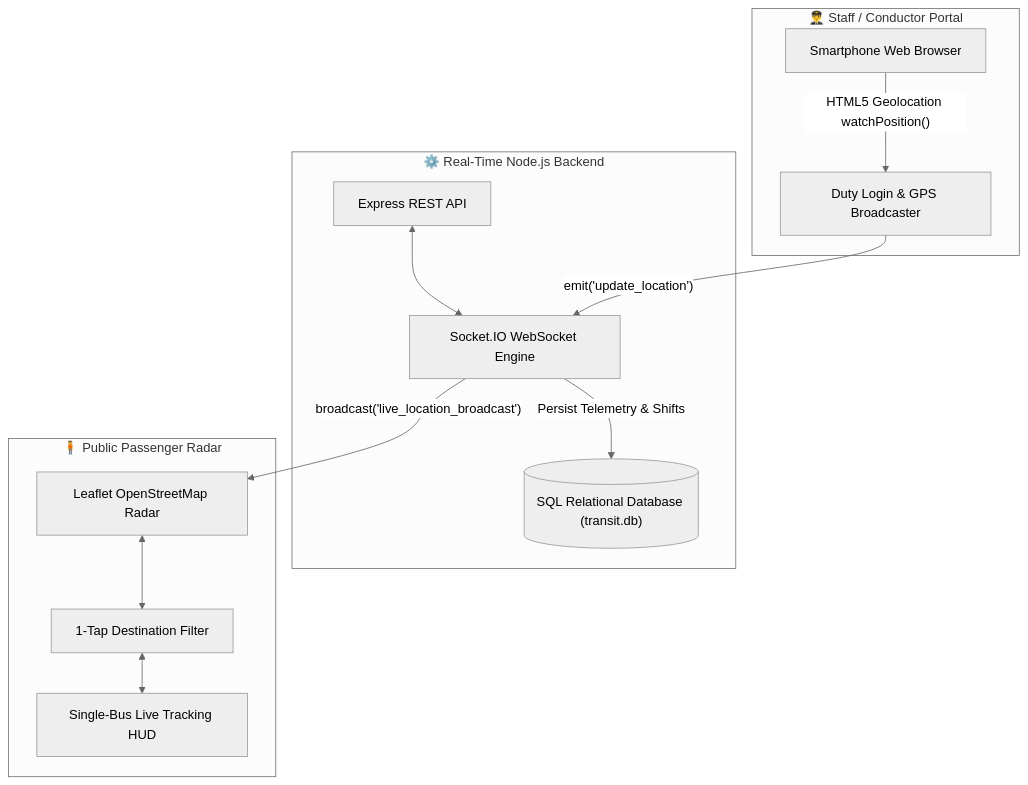
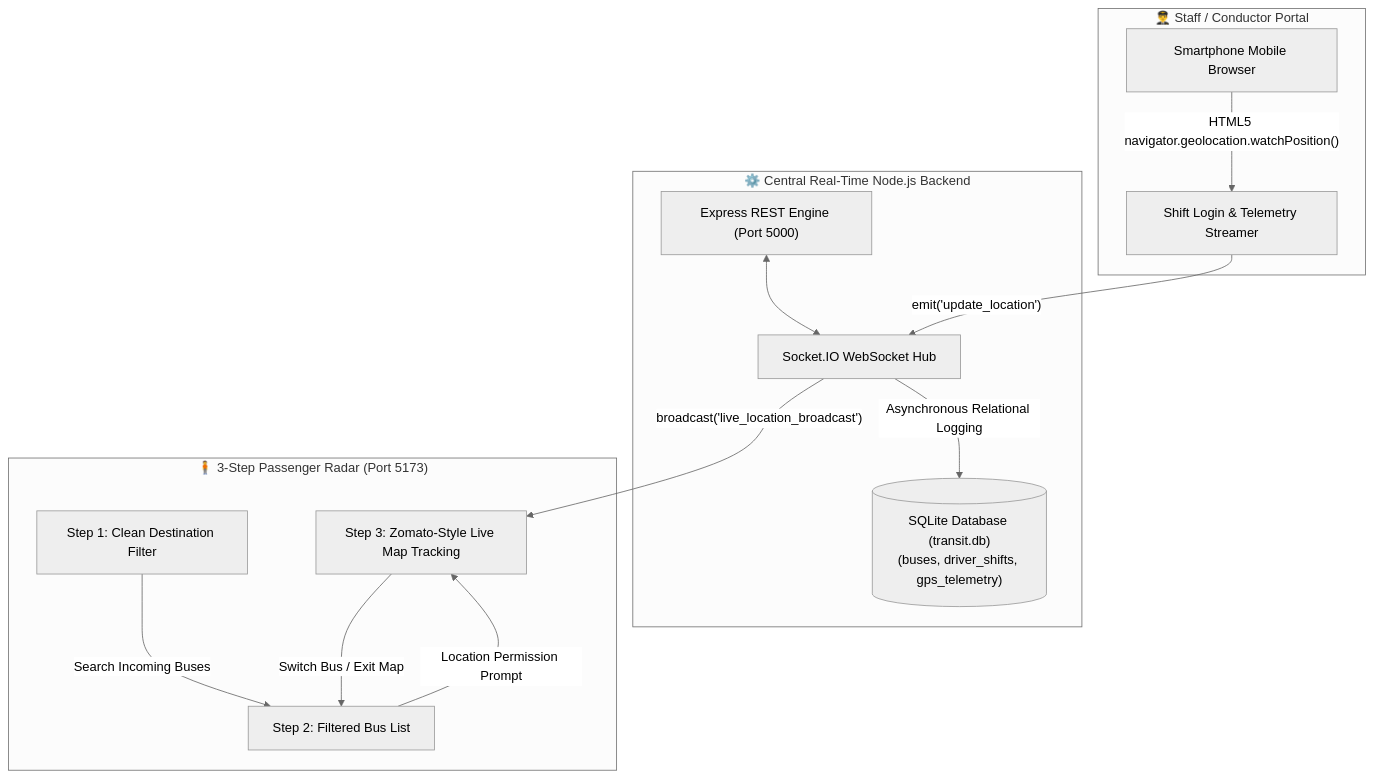
The first of 2 diagrams in README.md (sanath-labs/Karavali-Transit), drawn with Mermaid (neutral theme) before and after one commit. The commit also changed other lines of this file, not shown here.

Commit message:
docs(readme): upgrade README with comprehensive architectural diagrams, 3-step workflow, and demo guide

````diff
--- a/README.md
+++ b/README.md
@@ -21,19 +31,20 @@
 ```mermaid
 flowchart TD
-    subgraph Driver["👨‍✈️ Staff / Conductor Portal"]
-        D1["Smartphone Web Browser"] -->|"HTML5 Geolocation watchPosition()"| D2["Duty Login & GPS Broadcaster"]
+    subgraph DriverPortal["👨‍✈️ Staff / Conductor Portal"]
+        D1["Smartphone Mobile Browser"] -->|"HTML5 navigator.geolocation.watchPosition()"| D2["Shift Login & Telemetry Streamer"]
     end
 
-    subgraph Backend["⚙️ Real-Time Node.js Backend"]
-        B1["Express REST API"] <--> B2["Socket.IO WebSocket Engine"]
-        B2 -->|"Persist Telemetry & Shifts"| B3[("SQL Relational Database (transit.db)")]
+    subgraph BackendServer["⚙️ Central Real-Time Node.js Backend"]
+        B1["Express REST Engine (Port 5000)"] <--> B2["Socket.IO WebSocket Hub"]
+        B2 -->|"Asynchronous Relational Logging"| B3[("SQLite Database (transit.db)\n(buses, driver_shifts, gps_telemetry)")]
     end
 
-    subgraph Passenger["🧍 Public Passenger Radar"]
-        P1["Leaflet OpenStreetMap Radar"] <--> P2["1-Tap Destination Filter"]
-        P2 <--> P3["Single-Bus Live Tracking HUD"]
+    subgraph PassengerJourney["🧍 3-Step Passenger Radar (Port 5173)"]
+        P1["Step 1: Clean Destination Filter"] -->|"Search Incoming Buses"| P2["Step 2: Filtered Bus List"]
+        P2 -->|"Location Permission Prompt"| P3["Step 3: Zomato-Style Live Map Tracking"]
+        P3 -->|"Switch Bus / Exit Map"| P2
     end
 
     D2 -->|"emit('update_location')"| B2
-    B2 -->|"broadcast('live_location_broadcast')"| P1
+    B2 -->|"broadcast('live_location_broadcast')"| P3
 ```
````
